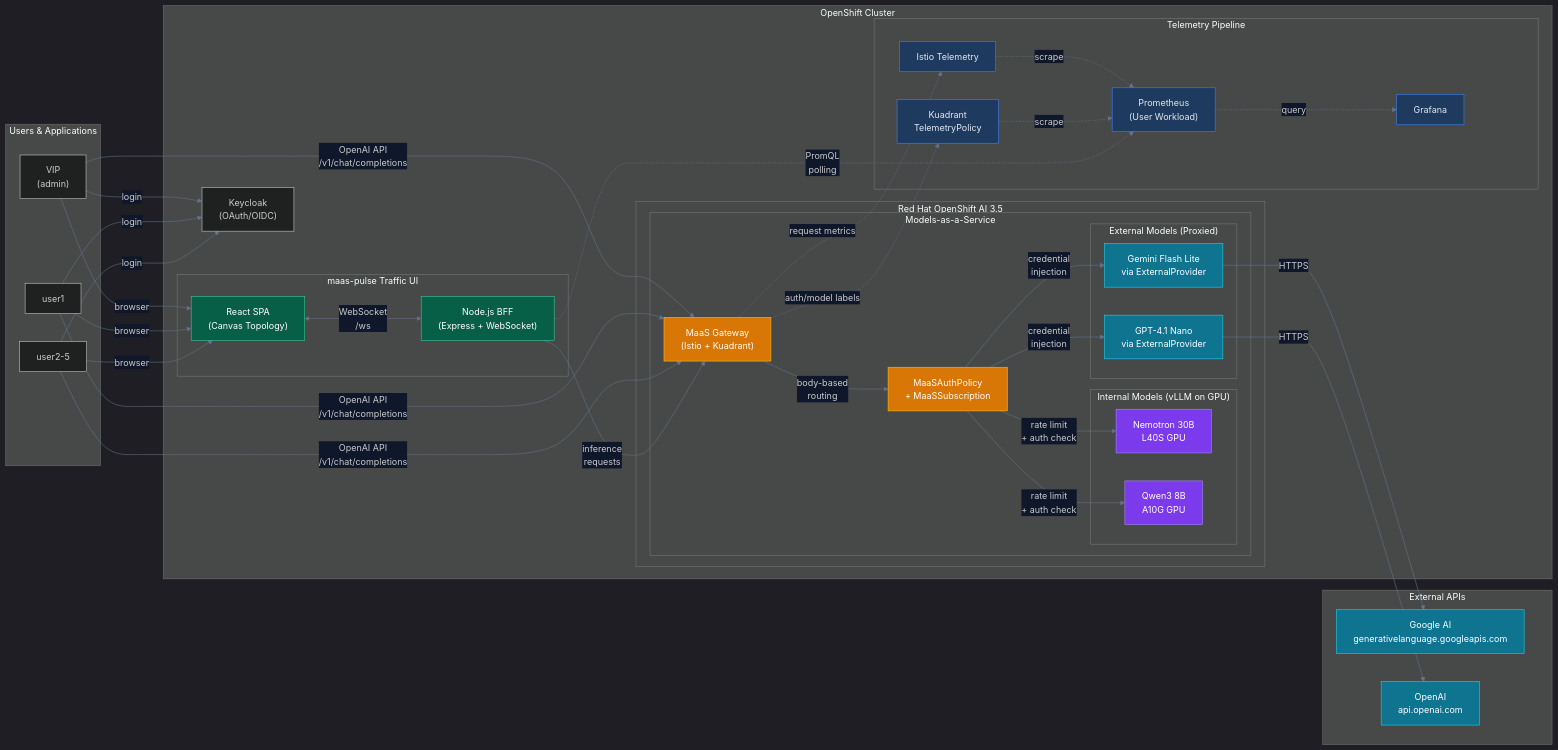
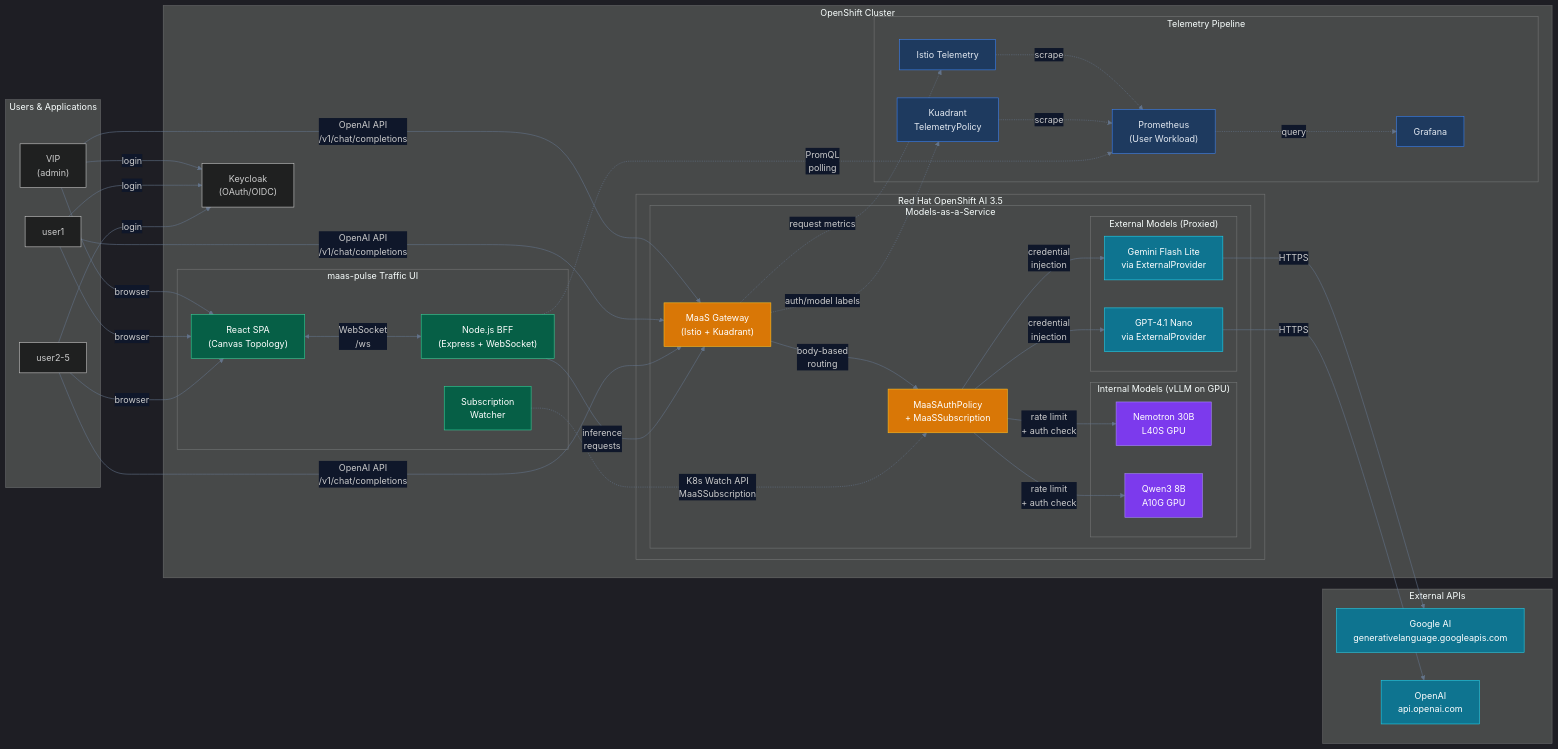
One commit to Sheryl-shiyi/maas-pulse changed the diagram in docs/images/architecture.mmd. Above: the diagram before and after it, drawn with Mermaid. The commit also changed 14 other files, not shown here.

```diff
--- a/docs/images/architecture.mmd
+++ b/docs/images/architecture.mmd
@@ -1,74 +1,76 @@
 %%{init: {'theme': 'dark', 'themeVariables': {'primaryColor': '#1e293b', 'primaryTextColor': '#e2e8f0', 'lineColor': '#64748b', 'edgeLabelBackground': '#0f172a'}}}%%
 graph LR
     subgraph Users["Users & Applications"]
         U1["VIP<br/>(admin)"]
         U2["user1"]
         U3["user2-5"]
     end
 
     subgraph OCP["OpenShift Cluster"]
         subgraph RHOAI["Red Hat OpenShift AI 3.5"]
             subgraph MaaS["Models-as-a-Service"]
                 GW["MaaS Gateway<br/>(Istio + Kuadrant)"]
                 AUTH["MaaSAuthPolicy<br/>+ MaaSSubscription"]
                 subgraph InternalModels["Internal Models (vLLM on GPU)"]
                     M1["Nemotron 30B<br/>L40S GPU"]
                     M2["Qwen3 8B<br/>A10G GPU"]
                 end
                 subgraph ExternalModels["External Models (Proxied)"]
                     M3["Gemini Flash Lite<br/>via ExternalProvider"]
                     M4["GPT-4.1 Nano<br/>via ExternalProvider"]
                 end
             end
         end
 
         subgraph Telemetry["Telemetry Pipeline"]
             ISTIO["Istio Telemetry"]
             KTP["Kuadrant<br/>TelemetryPolicy"]
             PROM["Prometheus<br/>(User Workload)"]
             GRAF["Grafana"]
         end
 
         subgraph TrafficUI["maas-pulse Traffic UI"]
             BFF["Node.js BFF<br/>(Express + WebSocket)"]
             SPA["React SPA<br/>(Canvas Topology)"]
+            WATCH["Subscription<br/>Watcher"]
         end
 
         KC["Keycloak<br/>(OAuth/OIDC)"]
     end
 
     subgraph ExtAPIs["External APIs"]
         GOOGLE["Google AI<br/>generativelanguage.googleapis.com"]
         OPENAI["OpenAI<br/>api.openai.com"]
     end
 
     U1 & U2 & U3 -->|"OpenAI API<br/>/v1/chat/completions"| GW
     GW -->|"body-based<br/>routing"| AUTH
     AUTH -->|"rate limit<br/>+ auth check"| M1 & M2
     AUTH -->|"credential<br/>injection"| M3 & M4
     M3 -->|"HTTPS"| GOOGLE
     M4 -->|"HTTPS"| OPENAI
 
     GW -.->|"request metrics"| ISTIO
     GW -.->|"auth/model labels"| KTP
     ISTIO & KTP -.->|"scrape"| PROM
     PROM -.->|"query"| GRAF
 
     BFF -->|"inference<br/>requests"| GW
     BFF -.->|"PromQL<br/>polling"| PROM
+    WATCH -.->|"K8s Watch API<br/>MaaSSubscription"| AUTH
     SPA <-->|"WebSocket<br/>/ws"| BFF
 
     U1 & U2 & U3 -->|"browser"| SPA
     U1 & U2 & U3 -->|"login"| KC
 
     classDef gpu fill:#7c3aed,stroke:#a78bfa,color:#fff
     classDef external fill:#0e7490,stroke:#22d3ee,color:#fff
     classDef gateway fill:#d97706,stroke:#fbbf24,color:#fff
     classDef telemetry fill:#1e3a5f,stroke:#3b82f6,color:#e2e8f0
     classDef ui fill:#065f46,stroke:#34d399,color:#fff
 
     class M1,M2 gpu
     class M3,M4,GOOGLE,OPENAI external
     class GW,AUTH gateway
     class ISTIO,KTP,PROM,GRAF telemetry
-    class BFF,SPA ui
+    class BFF,SPA,WATCH ui
```
